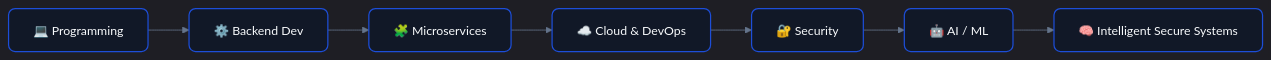
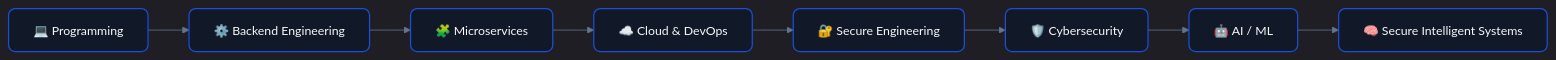
The fifth of 5 diagrams in README.md (chandanboyina/chandanboyina), drawn with Mermaid before and after one commit. The commit also changed other lines of this file, not shown here.

Commit message:
Revise security terms and flowchart in README
Updated security section and flowchart in README.md to reflect changes in terminology and structure.

````diff
--- a/README.md
+++ b/README.md
@@ -412,13 +413,15 @@
 ```mermaid
 %%{init: {'theme':'dark', 'themeVariables': {'primaryColor':'#1D4ED8','primaryTextColor':'#F8FAFC','primaryBorderColor':'#1D4ED8','lineColor':'#64748B','tertiaryColor':'#0F172A','fontSize':'15px'}}}%%
 flowchart LR
-    A["💻 Programming"] --> B["⚙️ Backend Dev"]
+
+    A["💻 Programming"] --> B["⚙️ Backend Engineering"]
     B --> C["🧩 Microservices"]
     C --> D["☁️ Cloud & DevOps"]
-    D --> E["🔐 Security"]
-    E --> F["🤖 AI / ML"]
-    F --> G["🧠 Intelligent Secure Systems"]
+    D --> E["🔐 Secure Engineering"]
+    E --> F["🛡️ Cybersecurity"]
+    F --> G["🤖 AI / ML"]
+    G --> H["🧠 Secure Intelligent Systems"]
 
     classDef node fill:#111827,stroke:#1D4ED8,stroke-width:1.5px,color:#F8FAFC,rx:8,ry:8
-    class A,B,C,D,E,F,G node
+    class A,B,C,D,E,F,G,H node
 ```
````
